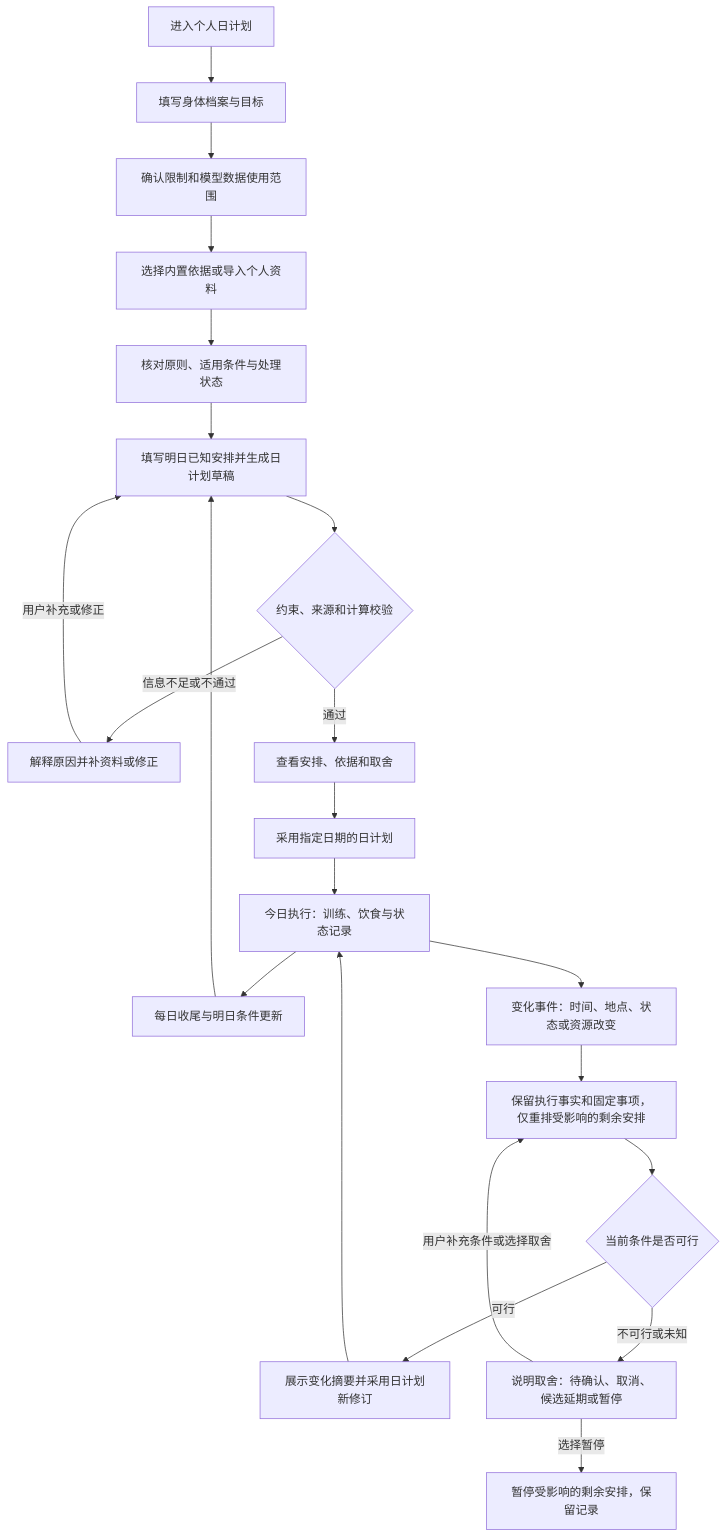
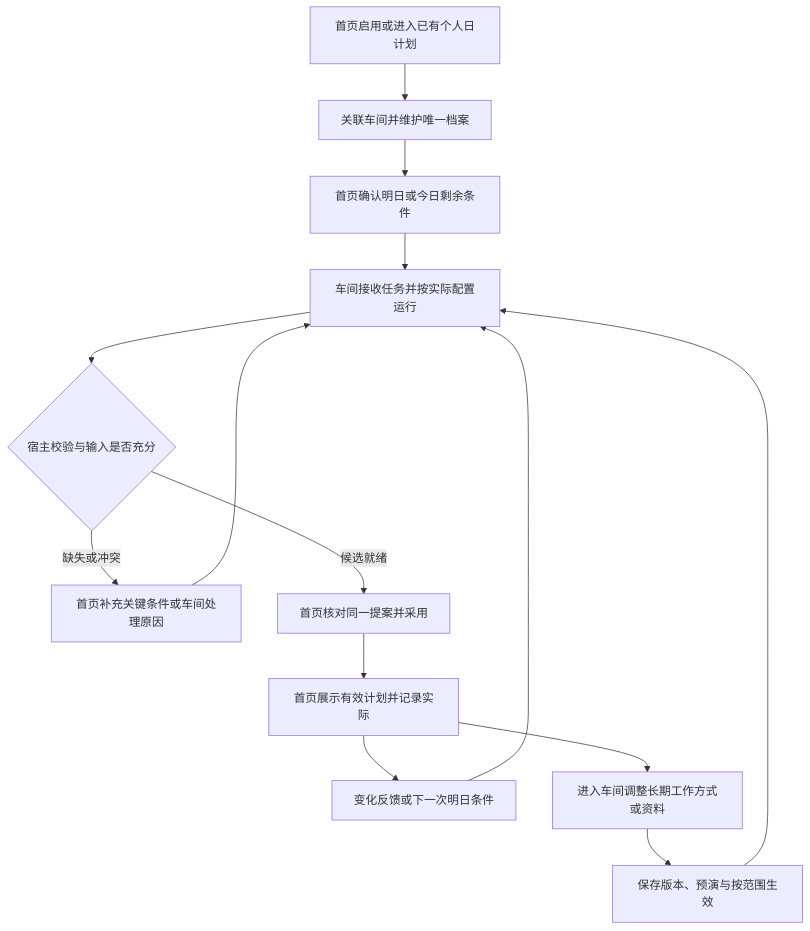
One commit to Jayuanlab/zhiyu changed the diagram in docs/architecture/personal-health-agents-plan.md. Above: the diagram before and after it, drawn with Mermaid. The commit also changed other lines of this file and 1 other file, not shown here.

Commit message:
docs: define home and workshop daily planning flows

````diff
--- a/docs/architecture/personal-health-agents-plan.md
+++ b/docs/architecture/personal-health-agents-plan.md
@@ -147,24 +123,16 @@
 ```mermaid
 flowchart TD
-  A[进入个人日计划] --> B[填写身体档案与目标]
-  B --> C[确认限制和模型数据使用范围]
-  C --> D[选择内置依据或导入个人资料]
-  D --> E[核对原则、适用条件与处理状态]
-  E --> F[填写明日已知安排并生成日计划草稿]
-  F --> G{约束、来源和计算校验}
-  G -->|信息不足或不通过| H[解释原因并补资料或修正]
-  H -->|用户补充或修正| F
-  G -->|通过| I[查看安排、依据和取舍]
-  I --> J[采用指定日期的日计划]
-  J --> K[今日执行：训练、饮食与状态记录]
-  K --> L[每日收尾与明日条件更新]
-  L --> F
-  K --> M[变化事件：时间、地点、状态或资源改变]
-  M --> N[保留执行事实和固定事项，仅重排受影响的剩余安排]
-  N --> O{当前条件是否可行}
-  O -->|可行| P[展示变化摘要并采用日计划新修订]
-  P --> K
-  O -->|不可行或未知| Q[说明取舍：待确认、取消、候选延期或暂停]
-  Q -->|用户补充条件或选择取舍| N
-  Q -->|选择暂停| R[暂停受影响的剩余安排，保留记录]
+  A[首页启用或进入已有个人日计划] --> B[关联车间并维护唯一档案]
+  B --> C[首页确认明日或今日剩余条件]
+  C --> D[车间接收任务并按实际配置运行]
+  D --> E{宿主校验与输入是否充分}
+  E -->|缺失或冲突| F[首页补充关键条件或车间处理原因]
+  F --> D
+  E -->|候选就绪| G[首页核对同一提案并采用]
+  G --> H[首页展示有效计划并记录实际]
+  H --> I[变化反馈或下一次明日条件]
+  I --> D
+  H --> J[进入车间调整长期工作方式或资料]
+  J --> K[保存版本、预演与按范围生效]
+  K --> D
 ```
````
